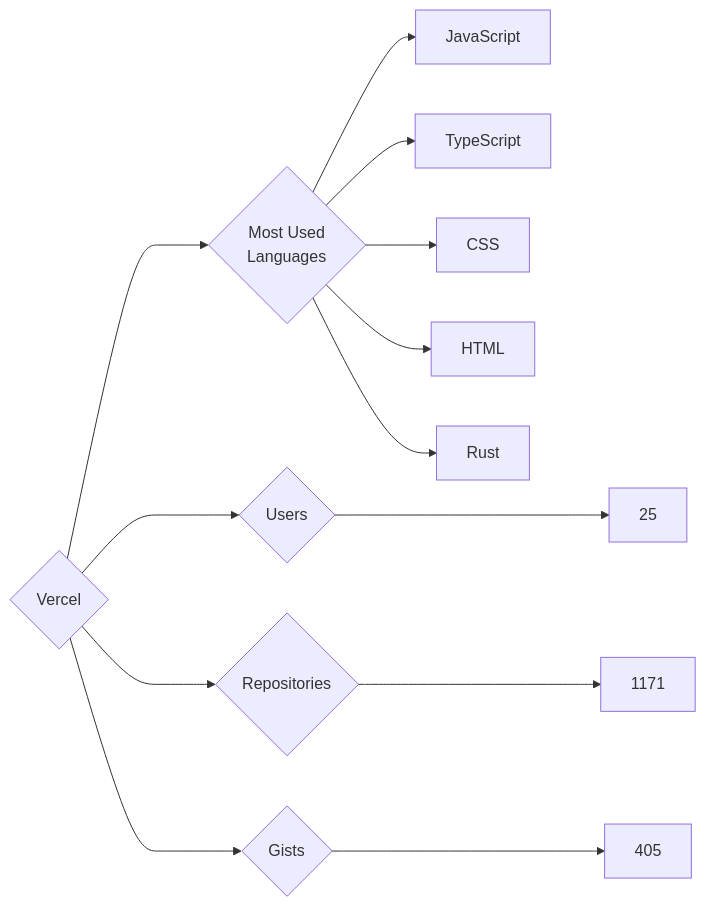
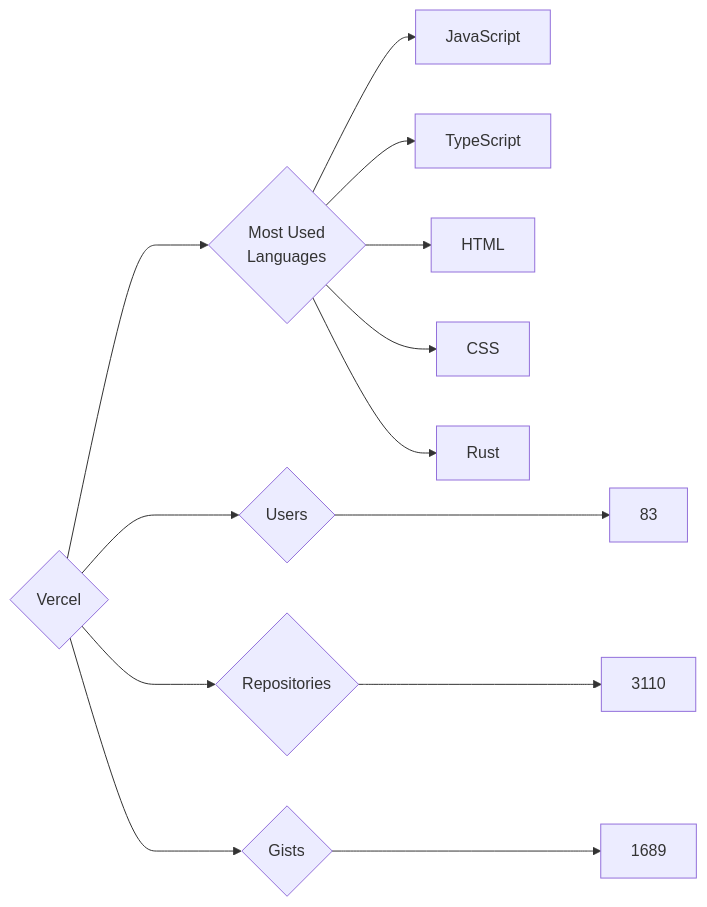
Before and after one commit to trickest/insiders: the diagram in targets/Vercel/README.md, drawn with Mermaid. The commit also changed 1479 other files, not shown here.

````diff
--- a/targets/Vercel/README.md
+++ b/targets/Vercel/README.md
@@ -3,13 +3,13 @@
 ```mermaid
 graph LR
 COMPANY_NAME{Vercel}
-COMPANY_NAME ---> U{Users} ---> UN[25]
-COMPANY_NAME ---> R{Repositories} ---> RN[1171]
-COMPANY_NAME ---> G{Gists} ---> GN[405]
+COMPANY_NAME ---> U{Users} ---> UN[83]
+COMPANY_NAME ---> R{Repositories} ---> RN[3110]
+COMPANY_NAME ---> G{Gists} ---> GN[1689]
 COMPANY_NAME ---> ML{Most Used<br>Languages}
 ML --> JavaScript[JavaScript]
 ML --> TypeScript[TypeScript]
+ML --> HTML[HTML]
 ML --> CSS[CSS]
-ML --> HTML[HTML]
 ML --> Rust[Rust]
 ```
````
